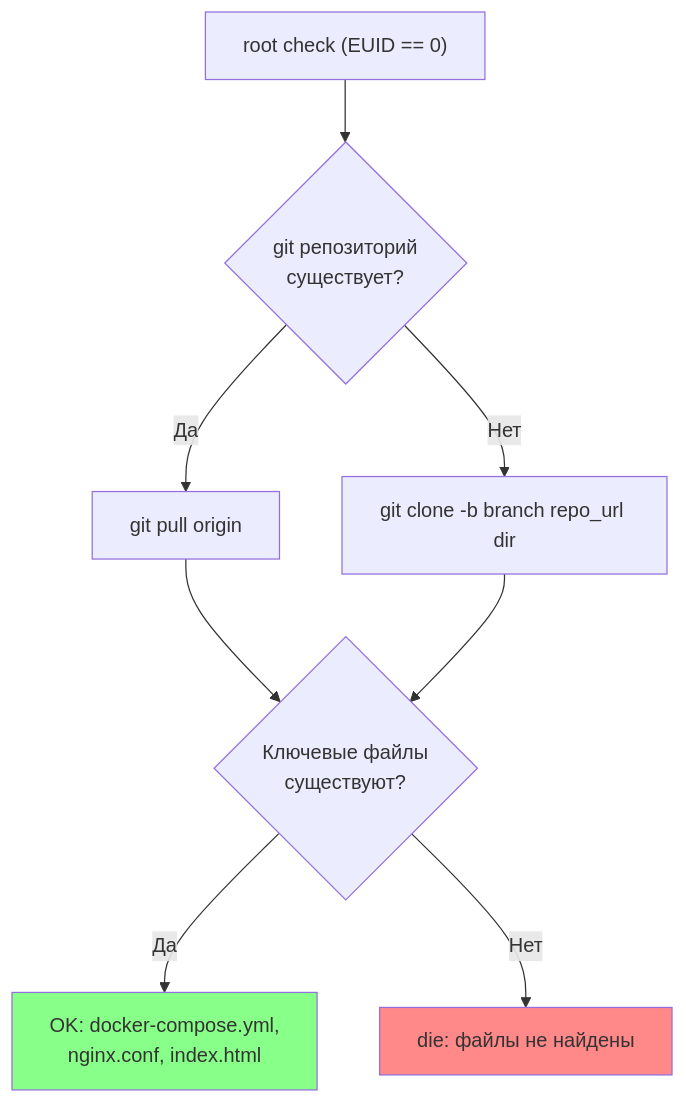
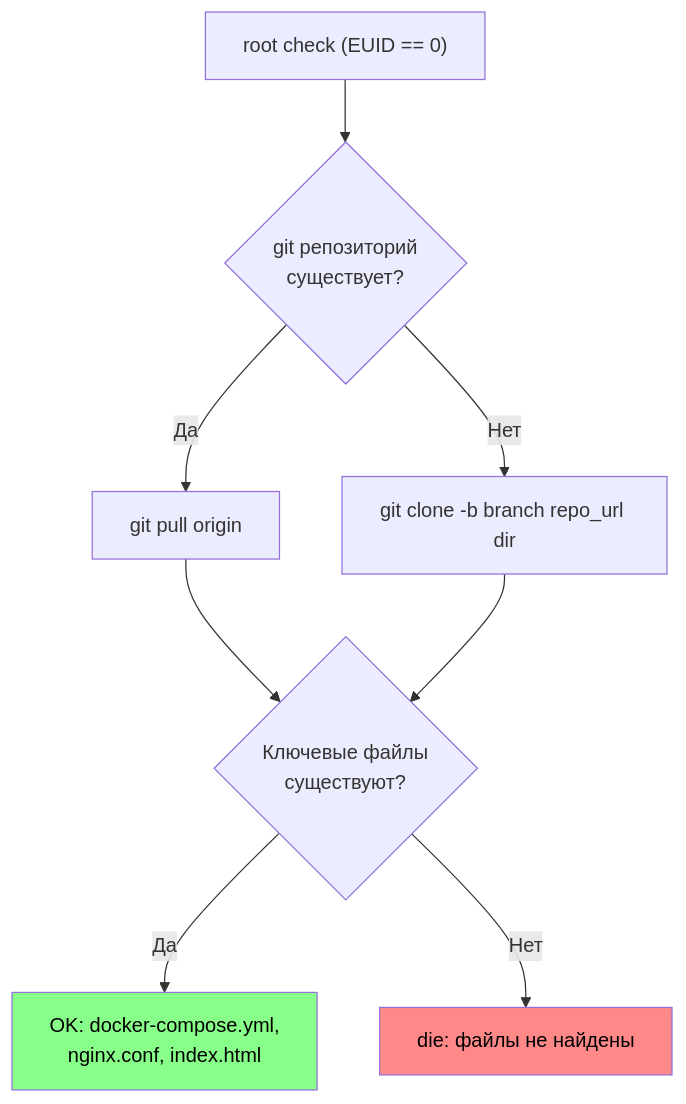
Before and after one commit to iqubik/myfakesite: the second of 11 diagrams in docs/architecture.md, drawn with Mermaid. The commit also changed other lines of this file, not shown here.

````diff
--- a/docs/architecture.md
+++ b/docs/architecture.md
@@ -44,16 +44,16 @@
 ```mermaid
 flowchart TD
   Start1["root check (EUID == 0)"] --> GitCheck{"git репозиторий\nсуществует?"}
 
   GitCheck -->|Да| GitPull["git pull origin"]
   GitCheck -->|Нет| Clone["git clone -b branch repo_url dir"]
 
   GitPull --> FileCheck
   Clone --> FileCheck
 
   FileCheck{"Ключевые файлы\nсуществуют?"} -->|Да| Done1["OK: docker-compose.yml,\nnginx.conf, index.html"]
   FileCheck -->|Нет| Die1["die: файлы не найдены"]
 
-  style Die1 fill:#f88
-  style Done1 fill:#8f8
+  style Die1 fill:#f88,color:#000
+  style Done1 fill:#8f8,color:#000
 ```
````
